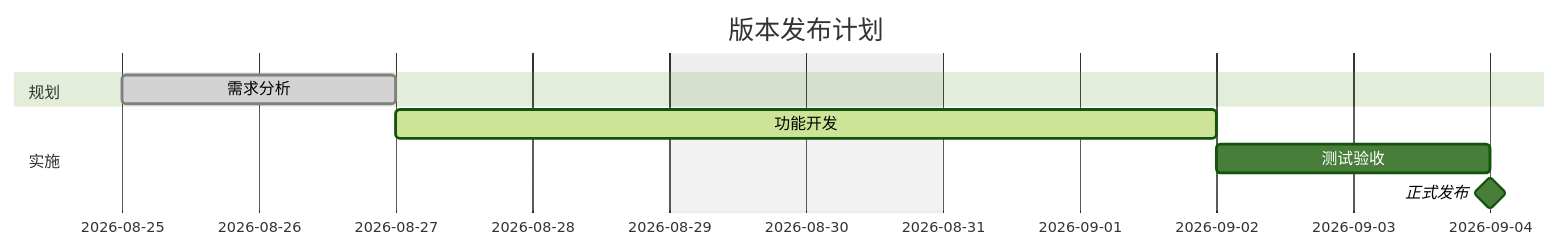
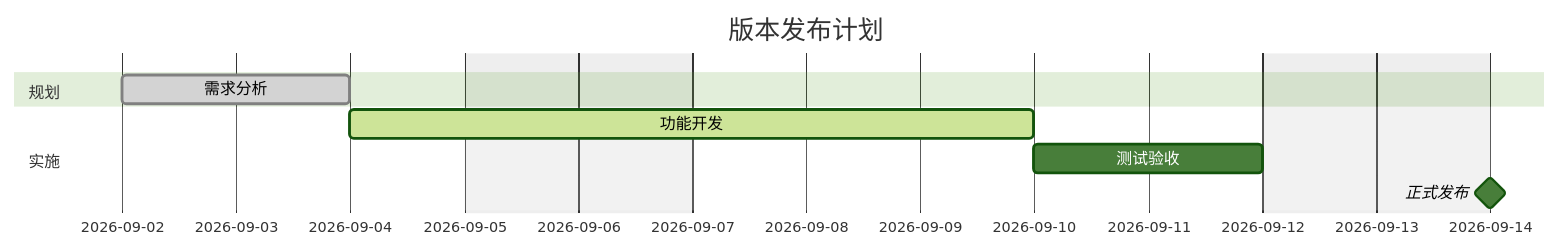
One commit to liuhang798/quillite-markdown changed the third of 22 diagrams in docs/reference/图表案例.MD. Above: the diagram before and after it, drawn with Mermaid (forest theme). The commit also changed 83 other files, not shown here.

````diff
--- a/docs/reference/图表案例.MD
+++ b/docs/reference/图表案例.MD
@@ -62,12 +62,12 @@
 ```mermaid
 gantt
     title 版本发布计划
     dateFormat YYYY-MM-DD
     excludes weekends
     section 规划
-    需求分析 :done, plan, 2026-08-25, 2d
+    需求分析 :done, plan, 2026-09-02, 2d
     section 实施
     功能开发 :active, dev, after plan, 4d
     测试验收 :test, after dev, 2d
     正式发布 :milestone, release, after test, 0d
 ```
````
